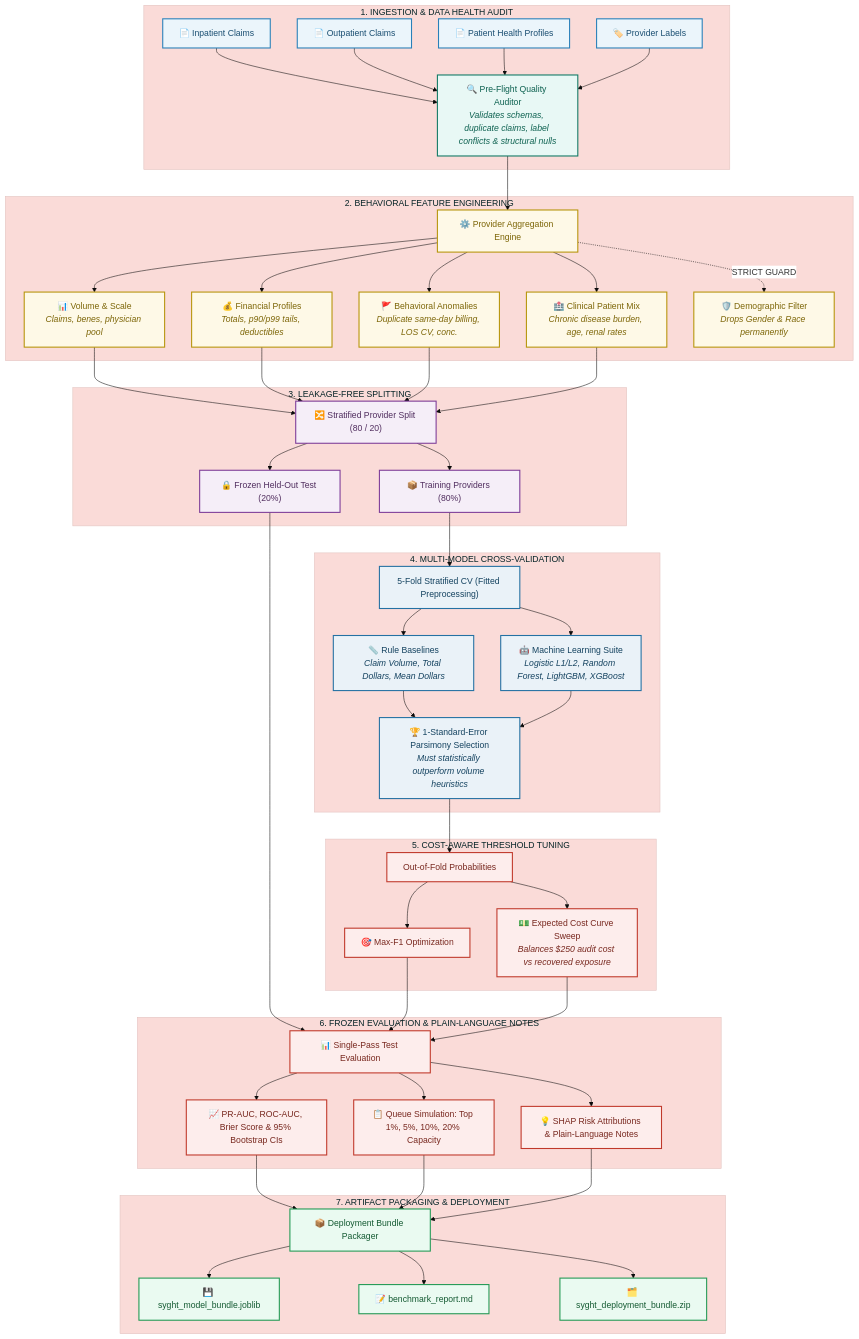
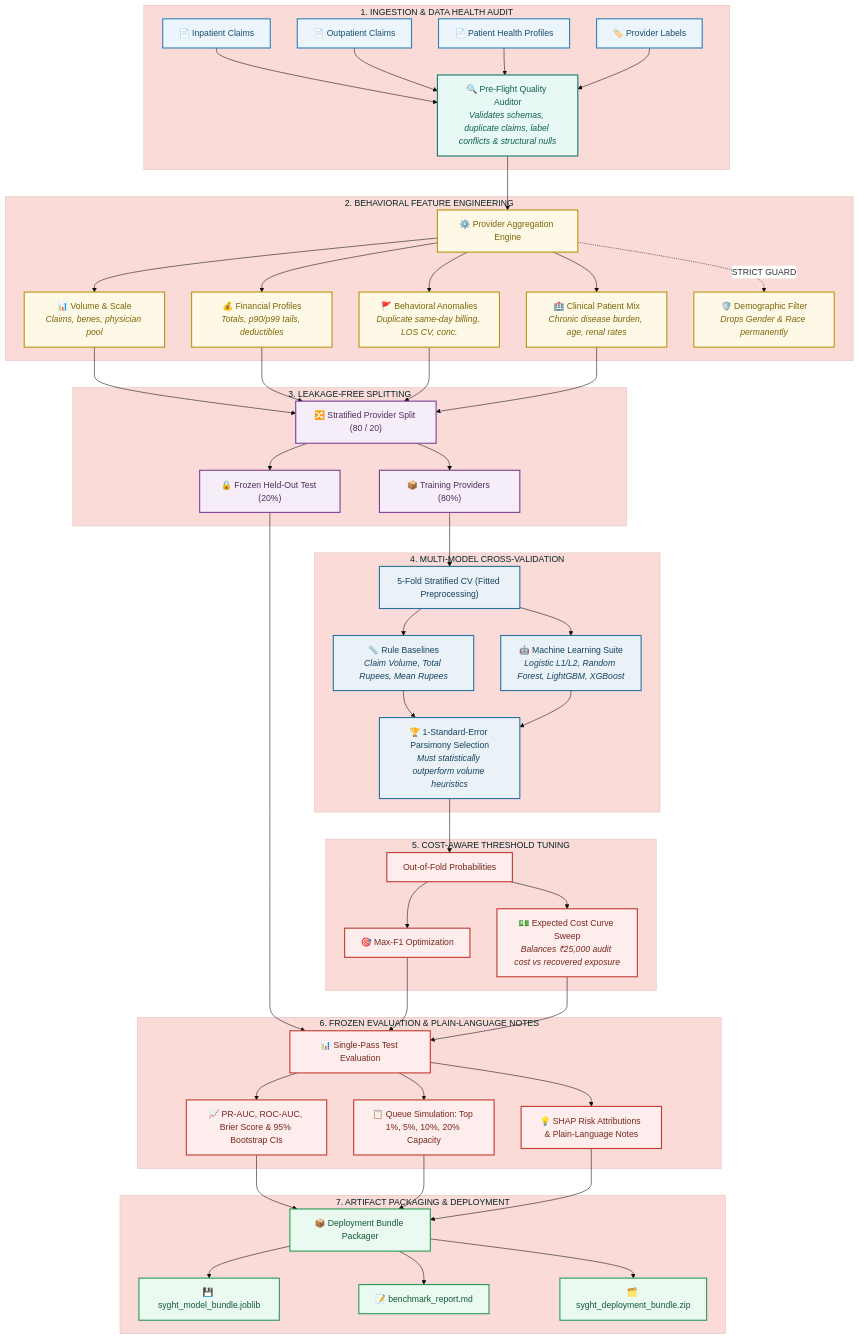
The diagram in README.md (toffee4u/Syght), drawn with Mermaid before and after one commit. The commit also changed other lines of this file and 19 other files, not shown here.

````diff
--- a/README.md
+++ b/README.md
@@ -53,61 +53,61 @@
 ```mermaid
 %%{init: {'theme': 'base', 'themeVariables': { 'primaryColor': '#EBF5FB', 'edgeLabelBackground':'#ffffff', 'tertiaryColor': '#FADBD8'}}}%%
 flowchart TD
     classDef input fill:#EBF5FB,stroke:#2980B9,stroke-width:2px,color:#1B4F72;
     classDef audit fill:#E8F8F5,stroke:#117A65,stroke-width:2px,color:#0E6251;
     classDef feature fill:#FEF9E7,stroke:#B7950B,stroke-width:2px,color:#7D6608;
     classDef split fill:#F5EEF8,stroke:#7D3C98,stroke-width:2px,color:#512E5F;
     classDef model fill:#EAF2F8,stroke:#2471A3,stroke-width:2px,color:#154360;
     classDef eval fill:#FDEDEC,stroke:#C0392B,stroke-width:2px,color:#78281F;
     classDef export fill:#EAFAF1,stroke:#229954,stroke-width:2px,color:#145A32;
 
     subgraph Phase1["1. INGESTION & DATA HEALTH AUDIT"]
         A1["📄 Inpatient Claims"]:::input
         A2["📄 Outpatient Claims"]:::input
         A3["📄 Patient Health Profiles"]:::input
         A4["🏷️ Provider Labels"]:::input
         A1 & A2 & A3 & A4 --> B1["🔍 Pre-Flight Quality Auditor<br/><i>Validates schemas, duplicate claims, label conflicts & structural nulls</i>"]:::audit
     end
 
     subgraph Phase2["2. BEHAVIORAL FEATURE ENGINEERING"]
         B1 --> C1["⚙️ Provider Aggregation Engine"]:::feature
         C1 --> F1["📊 Volume & Scale<br/><i>Claims, benes, physician pool</i>"]:::feature
         C1 --> F2["💰 Financial Profiles<br/><i>Totals, p90/p99 tails, deductibles</i>"]:::feature
         C1 --> F3["🚩 Behavioral Anomalies<br/><i>Duplicate same-day billing, LOS CV, conc.</i>"]:::feature
         C1 --> F4["🏥 Clinical Patient Mix<br/><i>Chronic disease burden, age, renal rates</i>"]:::feature
         C1 -.->|STRICT GUARD| S1["🛡️ Demographic Filter<br/><i>Drops Gender & Race permanently</i>"]:::feature
     end
 
     subgraph Phase3["3. LEAKAGE-FREE SPLITTING"]
         F1 & F2 & F3 & F4 --> D1["🔀 Stratified Provider Split (80 / 20)"]:::split
         D1 --> TrainSet["📦 Training Providers (80%)"]:::split
         D1 --> TestSet["🔒 Frozen Held-Out Test (20%)"]:::split
     end
 
     subgraph Phase4["4. MULTI-MODEL CROSS-VALIDATION"]
         TrainSet --> CV["5-Fold Stratified CV (Fitted Preprocessing)"]:::model
-        CV --> R["📏 Rule Baselines<br/><i>Claim Volume, Total Dollars, Mean Dollars</i>"]:::model
+        CV --> R["📏 Rule Baselines<br/><i>Claim Volume, Total Rupees, Mean Rupees</i>"]:::model
         CV --> M["🤖 Machine Learning Suite<br/><i>Logistic L1/L2, Random Forest, LightGBM, XGBoost</i>"]:::model
         R & M --> Sel["🏆 1-Standard-Error Parsimony Selection<br/><i>Must statistically outperform volume heuristics</i>"]:::model
     end
 
     subgraph Phase5["5. COST-AWARE THRESHOLD TUNING"]
         Sel --> OOF["Out-of-Fold Probabilities"]:::eval
         OOF --> T1["🎯 Max-F1 Optimization"]:::eval
-        OOF --> T2["💵 Expected Cost Curve Sweep<br/><i>Balances $250 audit cost vs recovered exposure</i>"]:::eval
+        OOF --> T2["💵 Expected Cost Curve Sweep<br/><i>Balances ₹25,000 audit cost vs recovered exposure</i>"]:::eval
     end
 
     subgraph Phase6["6. FROZEN EVALUATION & PLAIN-LANGUAGE NOTES"]
         TestSet & T1 & T2 --> FinalEval["📊 Single-Pass Test Evaluation"]:::eval
         FinalEval --> Met["📈 PR-AUC, ROC-AUC, Brier Score & 95% Bootstrap CIs"]:::eval
         FinalEval --> TopK["📋 Queue Simulation: Top 1%, 5%, 10%, 20% Capacity"]:::eval
         FinalEval --> SHAP["💡 SHAP Risk Attributions & Plain-Language Notes"]:::eval
     end
 
     subgraph Phase7["7. ARTIFACT PACKAGING & DEPLOYMENT"]
         Met & TopK & SHAP --> Pkg["📦 Deployment Bundle Packager"]:::export
         Pkg --> Out1["💾 syght_model_bundle.joblib"]:::export
         Pkg --> Out2["📝 benchmark_report.md"]:::export
         Pkg --> Out3["🗂️ syght_deployment_bundle.zip"]:::export
     end
 ```
````
